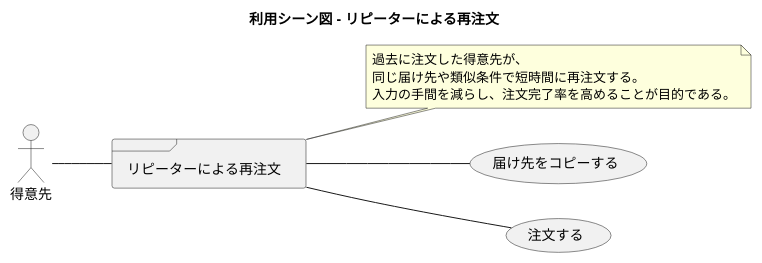
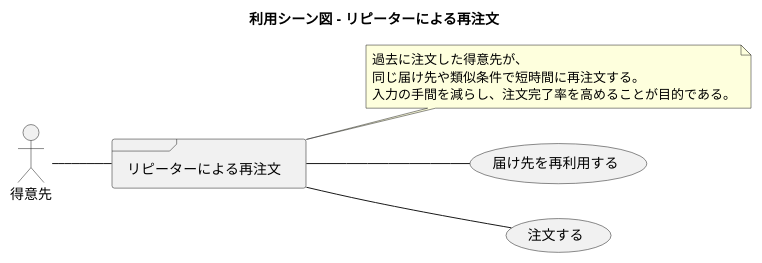
One commit to k2works/case-study-sdd-development changed diagram 11 of 19 in docs/requirements/requirements_definition.md. Above: the diagram before and after it, drawn with PlantUML. The commit also changed other lines of this file and 26 other files, not shown here.

````diff
--- a/docs/requirements/requirements_definition.md
+++ b/docs/requirements/requirements_definition.md
@@ -401,25 +401,25 @@
 ```plantuml
 @startuml
 
 title 利用シーン図 - リピーターによる再注文
 
 left to right direction
 
 actor 得意先
 
 frame "リピーターによる再注文" as scene_02
 note right of scene_02
   過去に注文した得意先が、
   同じ届け先や類似条件で短時間に再注文する。
   入力の手間を減らし、注文完了率を高めることが目的である。
 end note
 
-usecase "届け先をコピーする" as uc_11
+usecase "届け先を再利用する" as uc_11
 usecase "注文する" as uc_12
 
 得意先 -- scene_02
 scene_02 -- uc_11
 scene_02 -- uc_12
 
 @enduml
 ```
````
